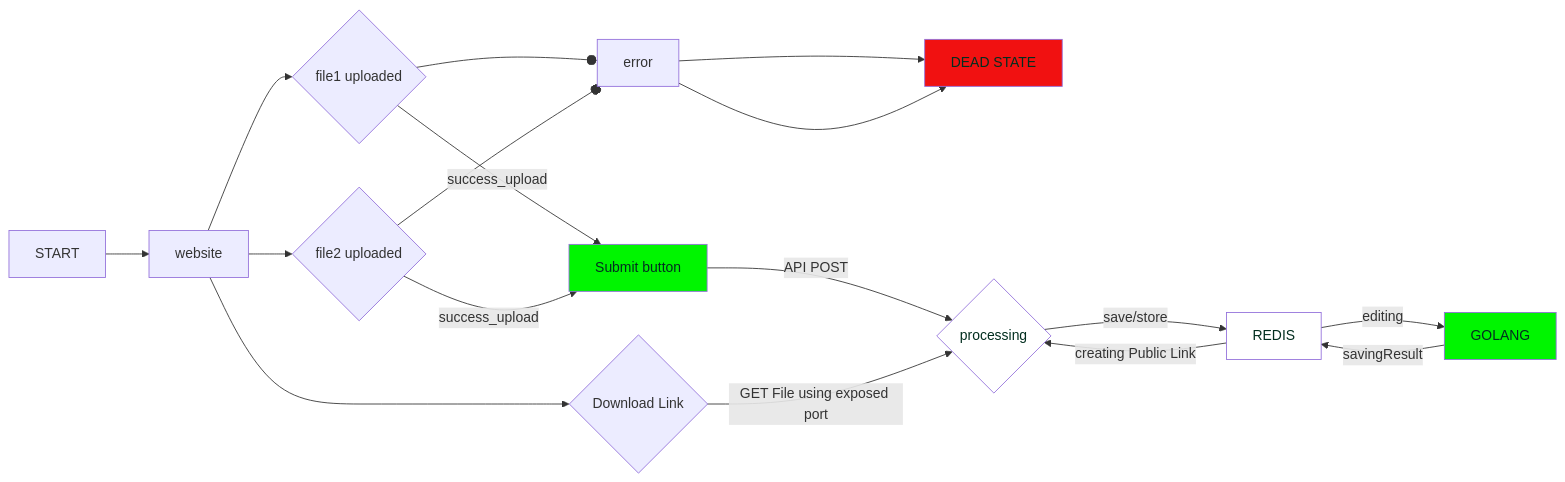
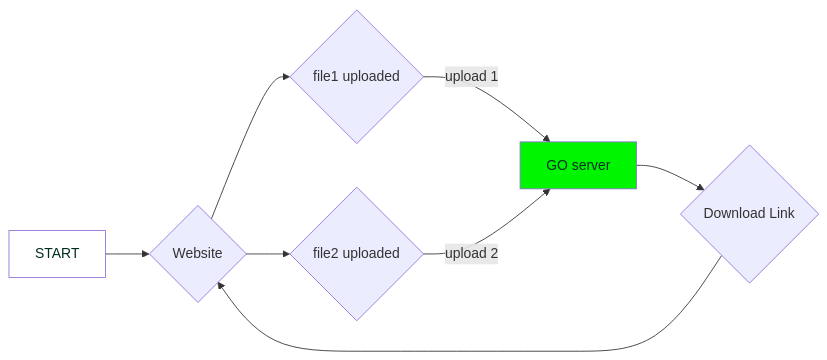
Before and after one commit to dipankardas011/PDF-Editor: the diagram in README.md, drawn with Mermaid. The commit also changed other lines of this file and 3 other files, not shown here.

````diff
--- a/README.md
+++ b/README.md
@@ -34,25 +33,18 @@
 ```mermaid
 flowchart LR;
-    XX[START]-->web[website];
-    web[website]-->B{file1 uploaded};
-    web[website]-->C{file2 uploaded};
-    web[website]-->DD{Download Link};
+    XX[START]:::white-->web{Website};
+    web{Website}-->B{file1 uploaded};
+    web{Website}-->C{file2 uploaded};
+    DD{Download Link}-->web{Website};
 
     classDef green color:#022e1f,fill:#00f500;
     classDef red color:#022e1f,fill:#f11111;
     classDef white color:#022e1f,fill:#fff;
     classDef black color:#fff,fill:#000;
 
-    B--success_upload-->S[Submit button]:::green;
-    B--oerror-->E[Submit button]:::red;
-    C--success_upload-->S[Submit button]:::green;
-    C--oerror-->E[DEAD STATE]:::red;
+    B--upload 1-->S[GO Server]:::green;
+    C--upload 2-->S[GO Server]:::green;
 
-    S--API POST-->backend{processing};
-    backend--save/store-->DBA[REDIS]:::white;
-    DBA--editing-->src[GOLANG]:::green;
-    src--savingResult-->DBA;
+    S[GO server]-->DD{Download Link}
 
-    DBA--creating Public Link-->backend;
-    DD--GET File using exposed port-->backend:::white;
 ```
````
